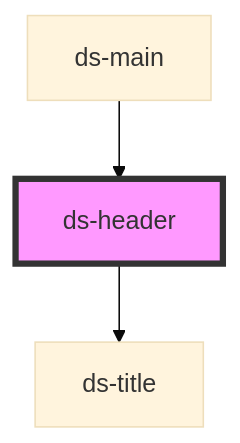
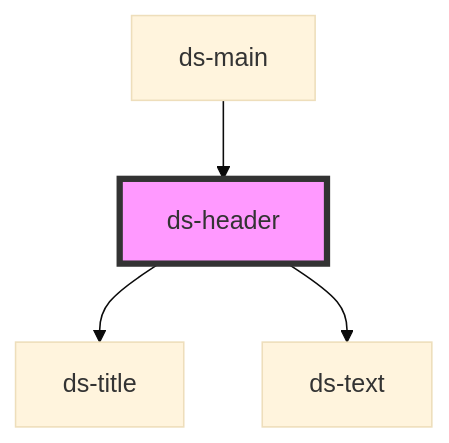
One commit to jezoock/dot-stash changed the diagram in components/core/header/readme.md. Above: the diagram before and after it, drawn with Mermaid (base theme). The commit also changed other lines of this file and 28 other files, not shown here.

````diff
--- a/components/core/header/readme.md
+++ b/components/core/header/readme.md
@@ -26,6 +28,7 @@
 ```mermaid
 graph TD;
   ds-header --> ds-title
+  ds-header --> ds-text
   ds-main --> ds-header
   style ds-header fill:#f9f,stroke:#333,stroke-width:4px
 ```
````
